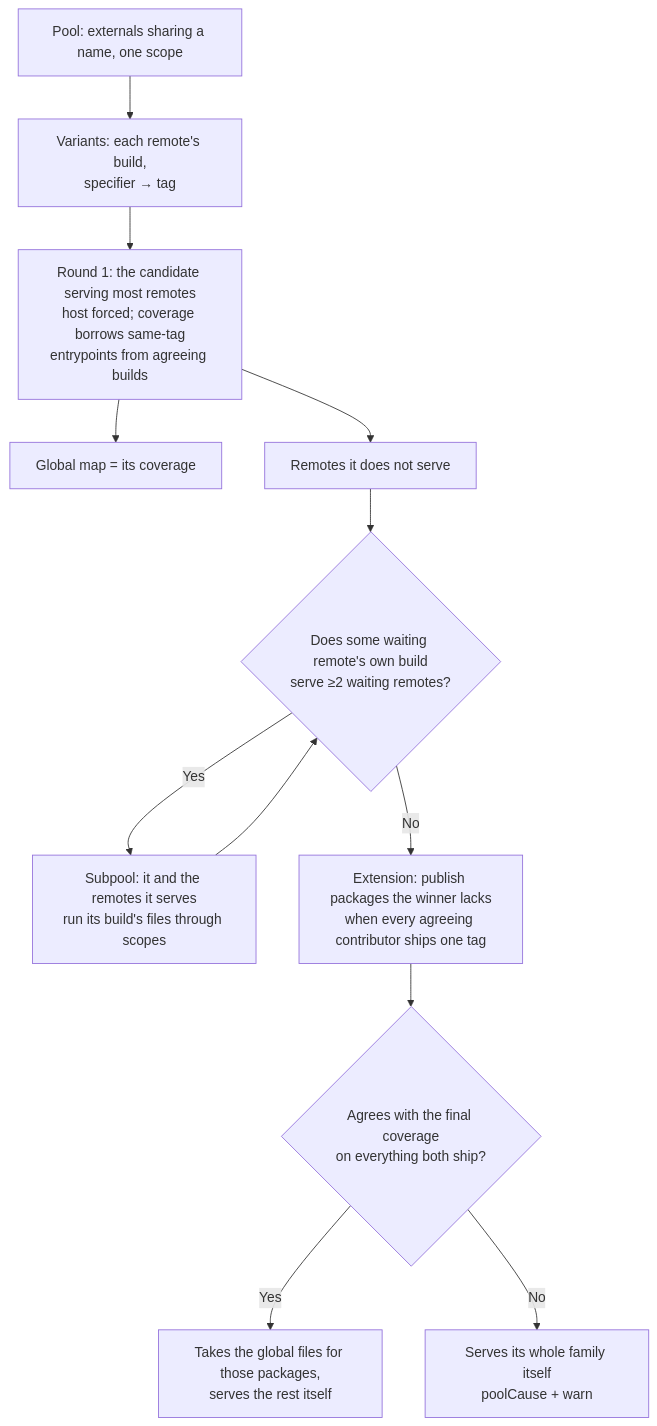
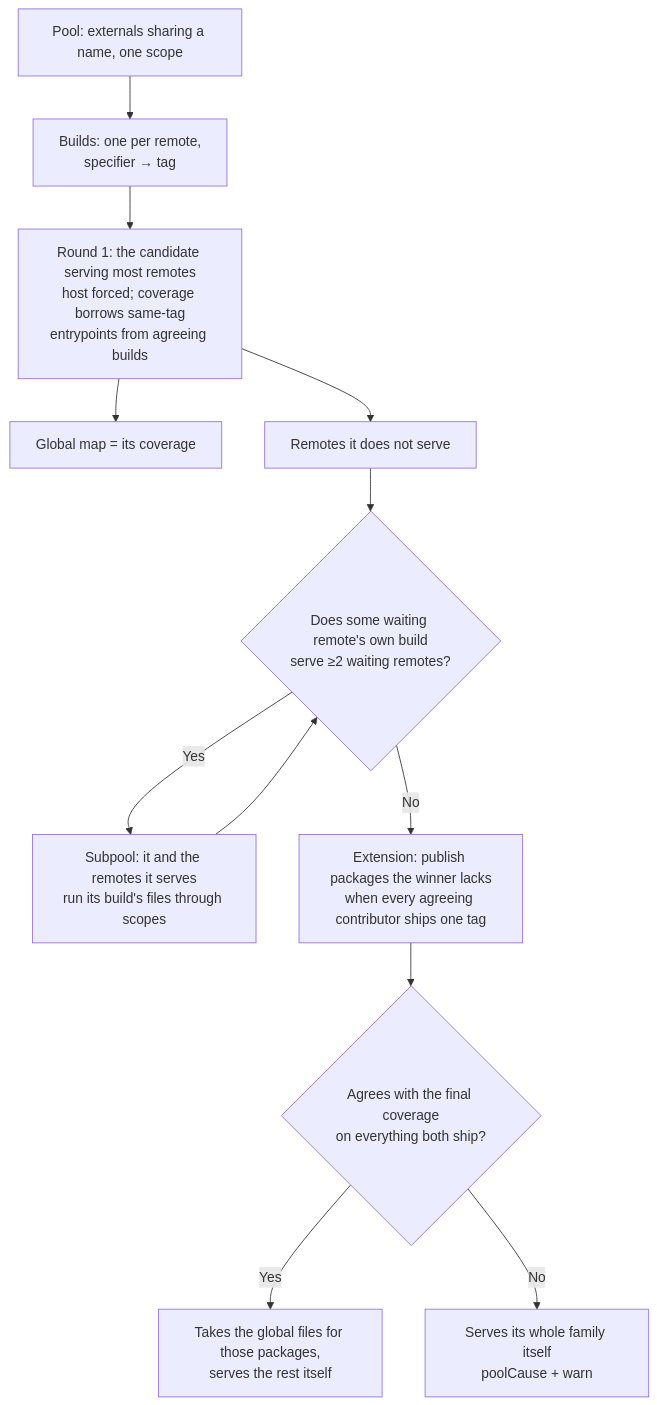
Before and after one commit to native-federation/orchestrator: the sixth of 11 diagrams in docs/version-resolver.md, drawn with Mermaid. The commit also changed other lines of this file and 15 other files, not shown here.

````diff
--- a/docs/version-resolver.md
+++ b/docs/version-resolver.md
@@ -730,14 +730,14 @@
 ```mermaid
 flowchart TD
-    A[Pool: externals sharing a name, one scope] --> B[Variants: each remote's build,<br/>specifier → tag]
+    A[Pool: externals sharing a name, one scope] --> B[Builds: one per remote,<br/>specifier → tag]
     B --> R1[Round 1: the candidate serving most remotes<br/>host forced; coverage borrows same-tag<br/>entrypoints from agreeing builds]
     R1 --> G[Global map = its coverage]
     R1 --> P[Remotes it does not serve]
     P --> R2{Does some waiting remote's own build<br/>serve ≥2 waiting remotes?}
     R2 -->|Yes| AN[Subpool: it and the remotes it serves<br/>run its build's files through scopes]
     AN --> R2
     R2 -->|No| EX[Extension: publish packages the winner lacks<br/>when every agreeing contributor ships one tag]
     EX --> AG{Agrees with the final coverage<br/>on everything both ship?}
     AG -->|Yes| T[Takes the global files for those packages,<br/>serves the rest itself]
     AG -->|No| S[Serves its whole family itself<br/>poolCause + warn]
 ```
````
